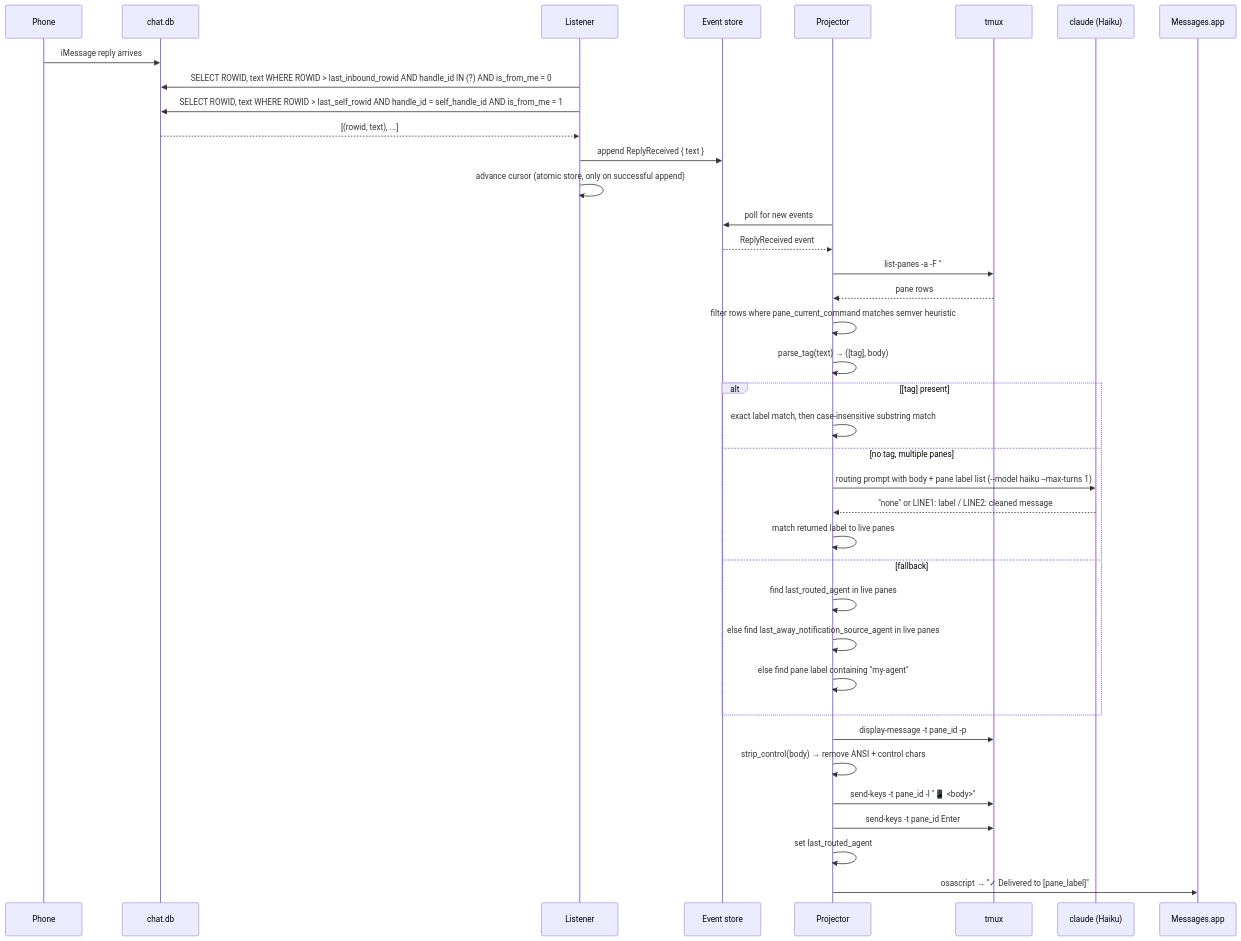
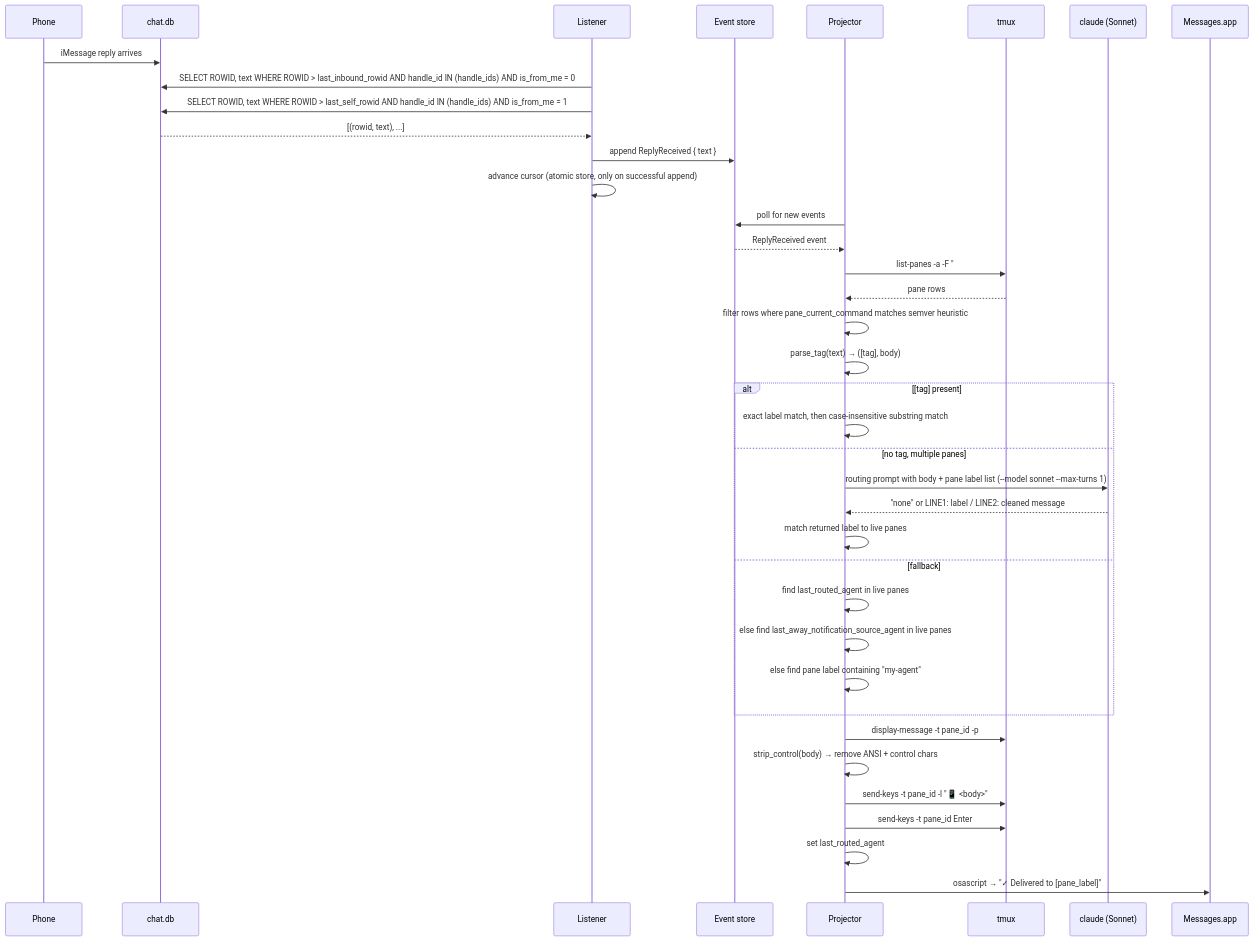
Before and after one commit to kahgeh/harold: the diagram in docs/references/reply-routing/README.md, drawn with Mermaid. The commit also changed other lines of this file and 3 other files, not shown here.

````diff
--- a/docs/references/reply-routing/README.md
+++ b/docs/references/reply-routing/README.md
@@ -95,46 +95,46 @@
 ```mermaid
 sequenceDiagram
     participant Phone
     participant ChatDb as chat.db
     participant Listener
     participant Store as Event store
     participant Projector
     participant Tmux as tmux
-    participant AiCli as claude (Haiku)
+    participant AiCli as claude (Sonnet)
     participant Messages as Messages.app
 
     Phone->>ChatDb: iMessage reply arrives
-    Listener->>ChatDb: SELECT ROWID, text WHERE ROWID > last_inbound_rowid AND handle_id IN (?) AND is_from_me = 0
-    Listener->>ChatDb: SELECT ROWID, text WHERE ROWID > last_self_rowid AND handle_id = self_handle_id AND is_from_me = 1
+    Listener->>ChatDb: SELECT ROWID, text WHERE ROWID > last_inbound_rowid AND handle_id IN (handle_ids) AND is_from_me = 0
+    Listener->>ChatDb: SELECT ROWID, text WHERE ROWID > last_self_rowid AND handle_id IN (handle_ids) AND is_from_me = 1
     ChatDb-->>Listener: [(rowid, text), ...]
     Listener->>Store: append ReplyReceived { text }
     Listener->>Listener: advance cursor (atomic store, only on successful append)
 
     Projector->>Store: poll for new events
     Store-->>Projector: ReplyReceived event
 
     Projector->>Tmux: list-panes -a -F "#{pane_id}|#{session_name}:#{window_index}.#{pane_index}|#{pane_current_command}"
     Tmux-->>Projector: pane rows
     Projector->>Projector: filter rows where pane_current_command matches semver heuristic
 
     Projector->>Projector: parse_tag(text) → ([tag], body)
 
     alt [tag] present
         Projector->>Projector: exact label match, then case-insensitive substring match
     else no tag, multiple panes
-        Projector->>AiCli: routing prompt with body + pane label list (--model haiku --max-turns 1)
+        Projector->>AiCli: routing prompt with body + pane label list (--model sonnet --max-turns 1)
         AiCli-->>Projector: "none" or LINE1: label / LINE2: cleaned message
         Projector->>Projector: match returned label to live panes
     else fallback
         Projector->>Projector: find last_routed_agent in live panes
         Projector->>Projector: else find last_away_notification_source_agent in live panes
         Projector->>Projector: else find pane label containing "my-agent"
     end
 
     Projector->>Tmux: display-message -t pane_id -p #{pane_current_command} → liveness check
     Projector->>Projector: strip_control(body) → remove ANSI + control chars
     Projector->>Tmux: send-keys -t pane_id -l "📱 <body>"
     Projector->>Tmux: send-keys -t pane_id Enter
     Projector->>Projector: set last_routed_agent
     Projector->>Messages: osascript → "✓ Delivered to [pane_label]"
 ```
````
